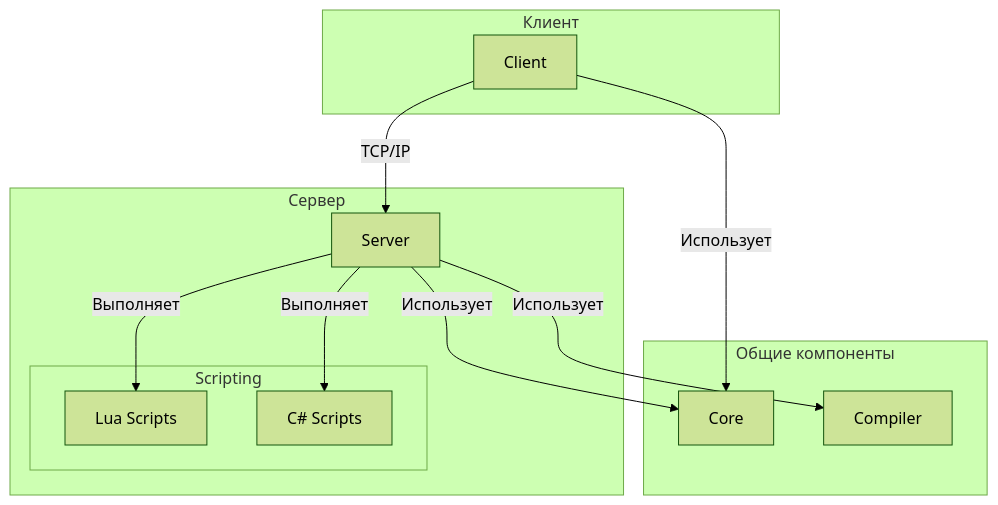
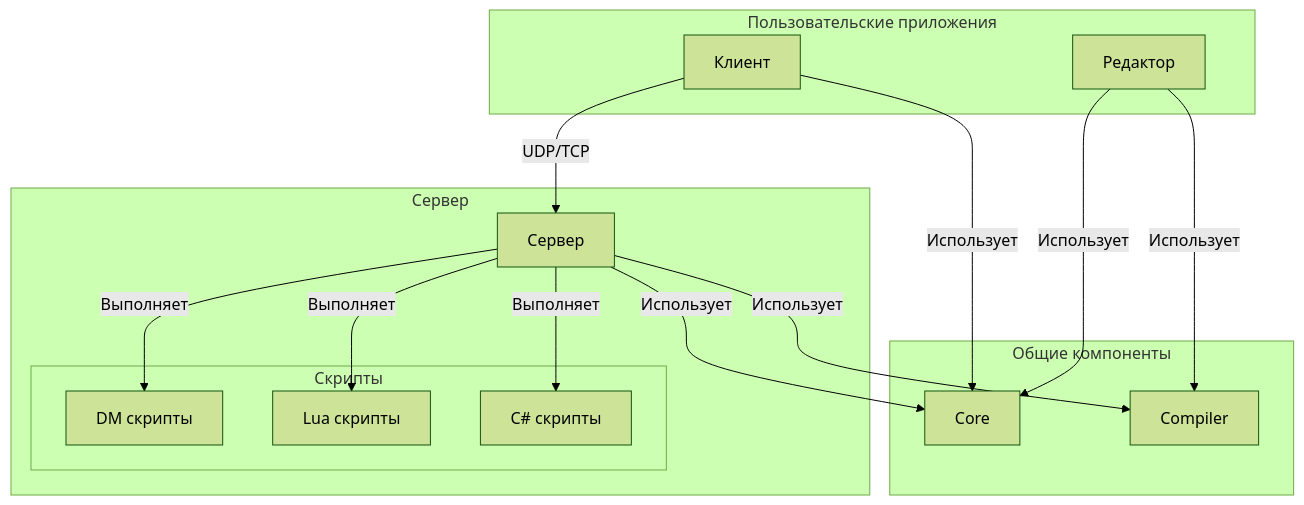
The diagram in docs/ru/architecture.md (jojorwu/BYOND-2.0), drawn with Mermaid (forest theme) before and after one commit. The commit also changed other lines of this file and 1 other file, not shown here.

Commit message:
feat(docs): update and correct architecture documentation
Updated the architecture documentation in English and Russian.

- Corrected the .NET version from 10.0 to 8.0.
- Clarified the roles of DM, Lua, and C# scripting languages.
- Added technical details to the descriptions of the Server, Client, and Editor components.
- Updated the Mermaid diagram to include the Editor and reflect the project structure more accurately.

````diff
--- a/docs/ru/architecture.md
+++ b/docs/ru/architecture.md
@@ -19,26 +25,31 @@
 ```mermaid
 graph TD
-    subgraph Клиент
-        C[Client]
+    subgraph "Пользовательские приложения"
+        C[Клиент]
+        E[Редактор]
     end
 
-    subgraph Сервер
-        S[Server]
-        subgraph Scripting
-            LUA[Lua Scripts]
-            CS[C# Scripts]
+    subgraph "Сервер"
+        S[Сервер]
+        subgraph "Скрипты"
+            DM[DM скрипты]
+            LUA[Lua скрипты]
+            CS[C# скрипты]
         end
     end
 
-    subgraph Общие компоненты
+    subgraph "Общие компоненты"
         Co[Core]
         CMP[Compiler]
     end
 
-    C -- "TCP/IP" --> S
+    C -- "UDP/TCP" --> S
     S -- "Использует" --> Co
     C -- "Использует" --> Co
+    E -- "Использует" --> Co
+    E -- "Использует" --> CMP
+    S -- "Использует" --> CMP
+    S -- "Выполняет" --> DM
     S -- "Выполняет" --> LUA
     S -- "Выполняет" --> CS
-    S -- "Использует" --> CMP
 ```
````
